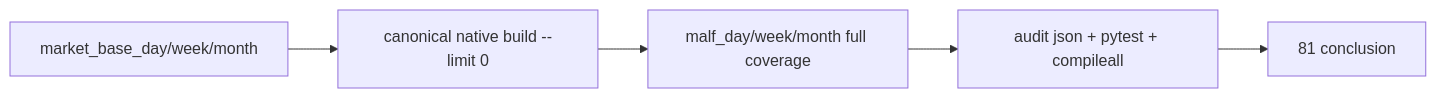
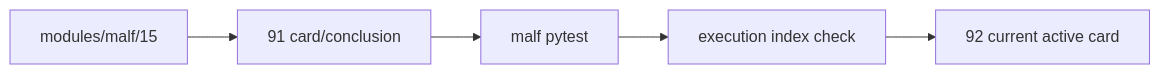
The diagram in docs/03-execution/evidence/91-malf-timeframe-native-base-source-rebind-evidence-20260418.md (everything-is-simple/lifespan-0.01), drawn with Mermaid before and after one commit. The commit also changed other lines of this file and 17 other files, not shown here.

Commit message:
docs: freeze malf origin semantic gap card

````diff
--- a/docs/03-execution/evidence/91-malf-timeframe-native-base-source-rebind-evidence-20260418.md
+++ b/docs/03-execution/evidence/91-malf-timeframe-native-base-source-rebind-evidence-20260418.md
@@ -41,7 +41,7 @@
 ```mermaid
 flowchart LR
-    SRC["market_base_day/week/month"] --> RUN["canonical native build --limit 0"]
-    RUN --> LEDGER["malf_day/week/month full coverage"]
-    LEDGER --> AUD["audit json + pytest + compileall"]
-    AUD --> REF["81 conclusion"]
+    DOC["modules/malf/15"] --> CARD["91 card/conclusion"]
+    CARD --> TEST["malf pytest"]
+    TEST --> IDX["execution index check"]
+    IDX --> NEXT["92 current active card"]
 ```
````
